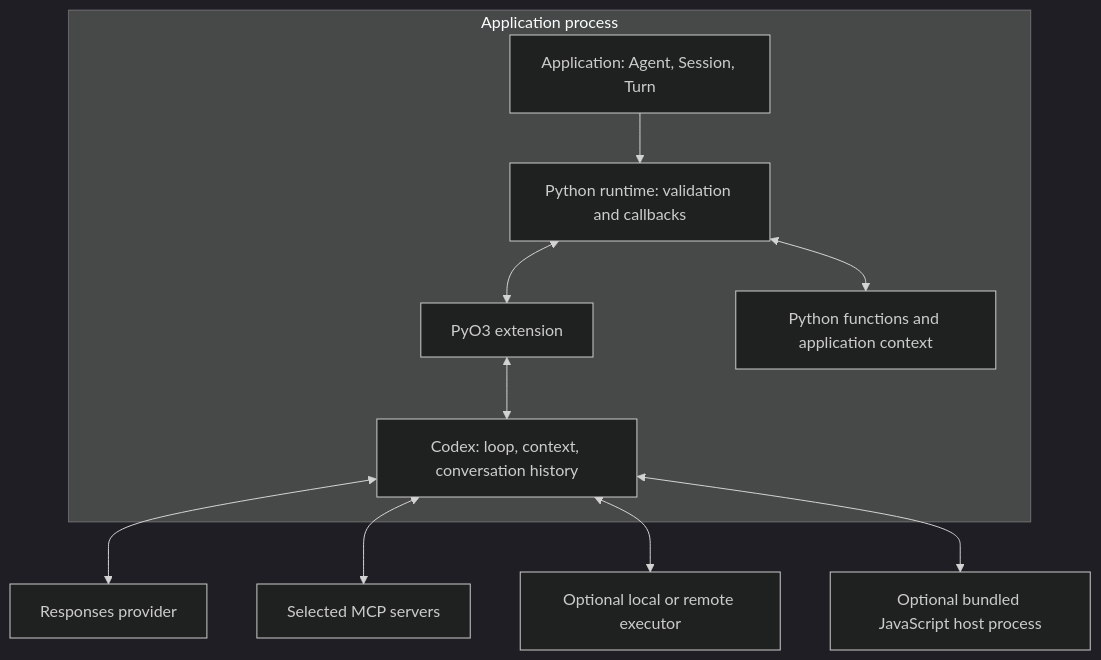
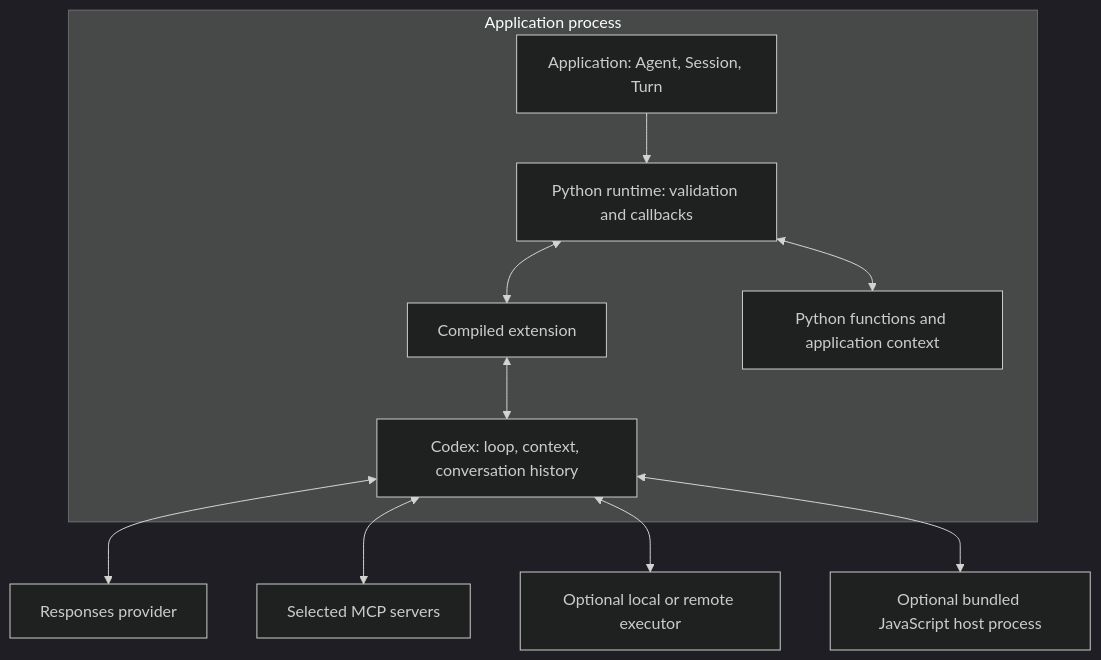
Before and after one commit to openai/openai-agents-python: the first of 2 diagrams in docs/sdk/concepts.md, drawn with Mermaid (dark theme). The commit also changed other lines of this file and 20 other files, not shown here.

````diff
--- a/docs/sdk/concepts.md
+++ b/docs/sdk/concepts.md
@@ -37,13 +37,13 @@
 ```mermaid
 flowchart TB
     subgraph Worker["Application process"]
         App["Application: Agent, Session, Turn"] --> SDK["Python runtime: validation and callbacks"]
-        SDK <--> Binding["PyO3 extension"]
+        SDK <--> Binding["Compiled extension"]
         Binding <--> Core["Codex: loop, context, conversation history"]
         SDK <--> Functions["Python functions and application context"]
     end
     Core <--> Provider["Responses provider"]
     Core <--> MCP["Selected MCP servers"]
     Core <--> Executor["Optional local or remote executor"]
     Core <--> Code["Optional bundled JavaScript host process"]
 ```
````
